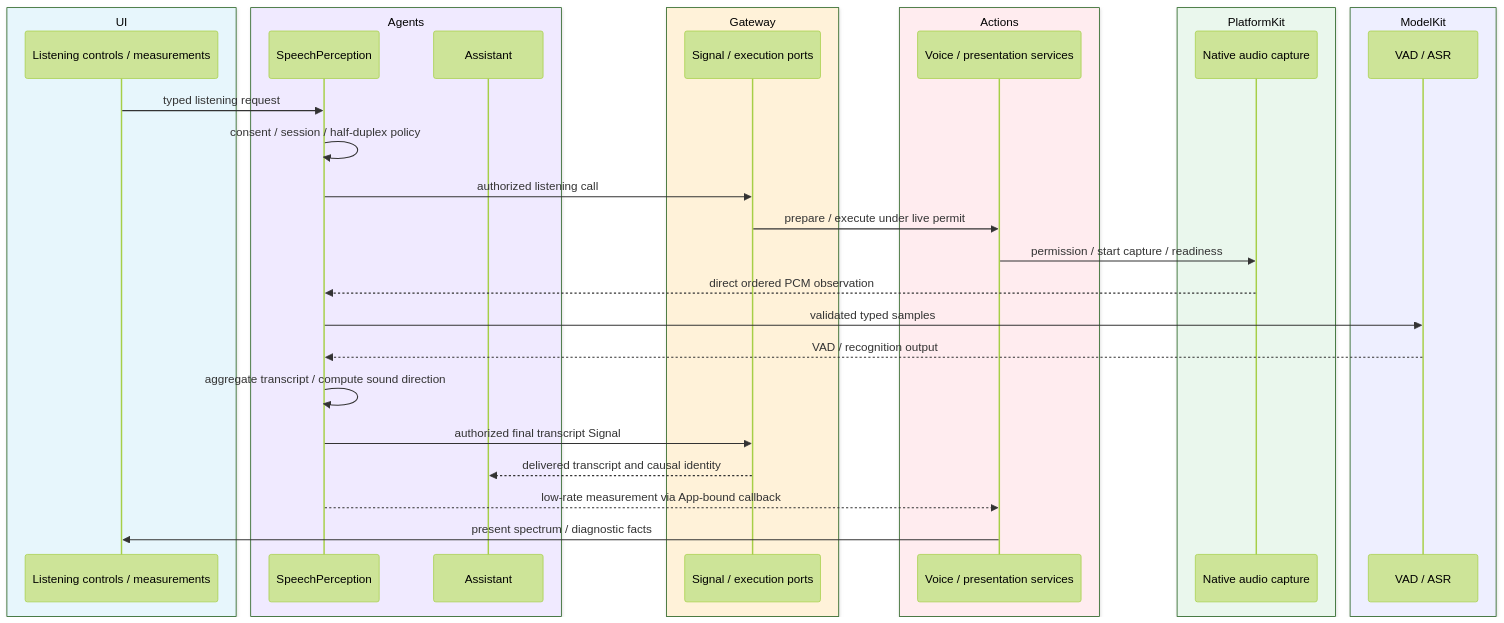
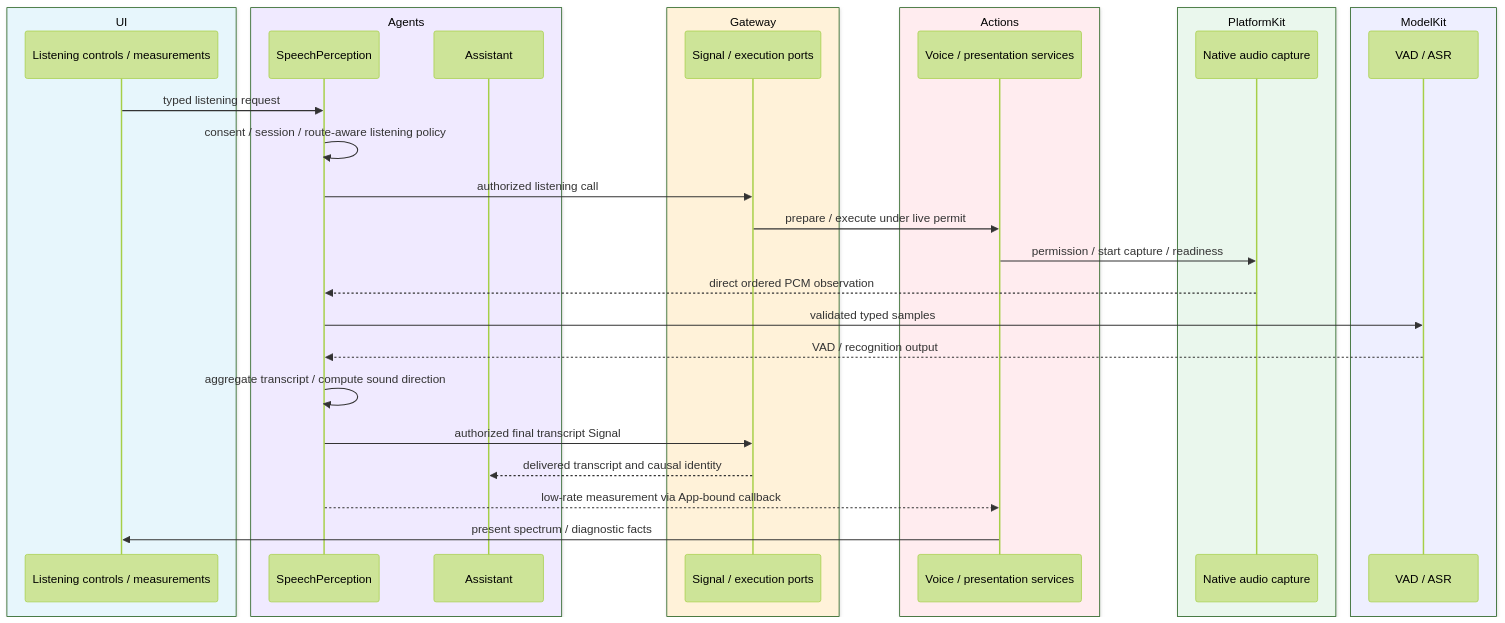
One commit to devilyouwei/MobileHarness changed diagram 16 of 27 in MobileHarness/README.md. Above: the diagram before and after it, drawn with Mermaid (forest theme). The commit also changed other lines of this file and 209 other files, not shown here.

````diff
--- a/MobileHarness/README.md
+++ b/MobileHarness/README.md
@@ -1004,35 +1004,35 @@
 ```mermaid
 sequenceDiagram
     box rgb(231,246,252) UI
         participant UI as Listening controls / measurements
     end
     box rgb(240,234,255) Agents
         participant S as SpeechPerception
         participant A as Assistant
     end
     box rgb(255,242,217) Gateway
         participant G as Signal / execution ports
     end
     box rgb(255,236,239) Actions
         participant X as Voice / presentation services
     end
     box rgb(234,247,237) PlatformKit
         participant P as Native audio capture
     end
     box rgb(238,239,255) ModelKit
         participant M as VAD / ASR
     end
     UI->>S: typed listening request
-    S->>S: consent / session / half-duplex policy
+    S->>S: consent / session / route-aware listening policy
     S->>G: authorized listening call
     G->>X: prepare / execute under live permit
     X->>P: permission / start capture / readiness
     P-->>S: direct ordered PCM observation
     S->>M: validated typed samples
     M-->>S: VAD / recognition output
     S->>S: aggregate transcript / compute sound direction
     S->>G: authorized final transcript Signal
     G-->>A: delivered transcript and causal identity
     S-->>X: low-rate measurement via App-bound callback
     X->>UI: present spectrum / diagnostic facts
 ```
````
